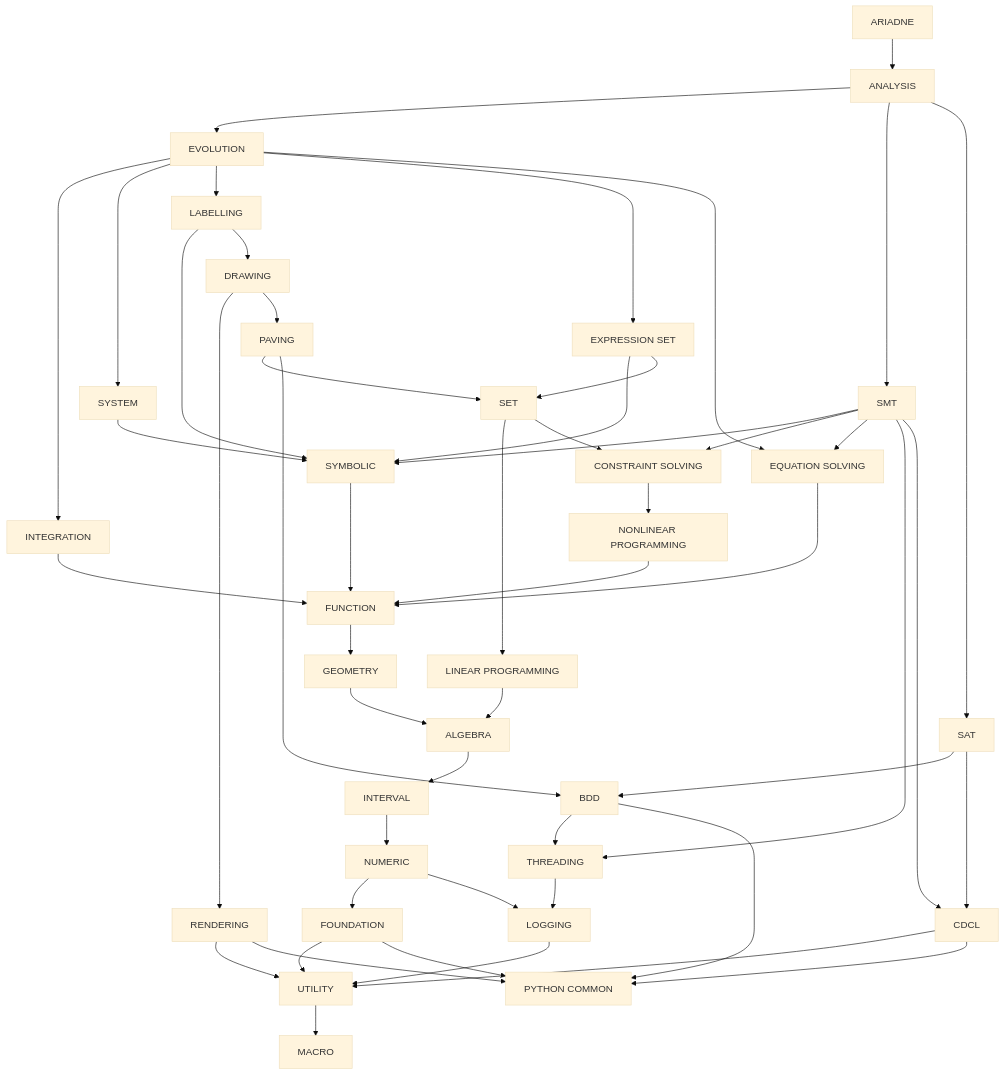
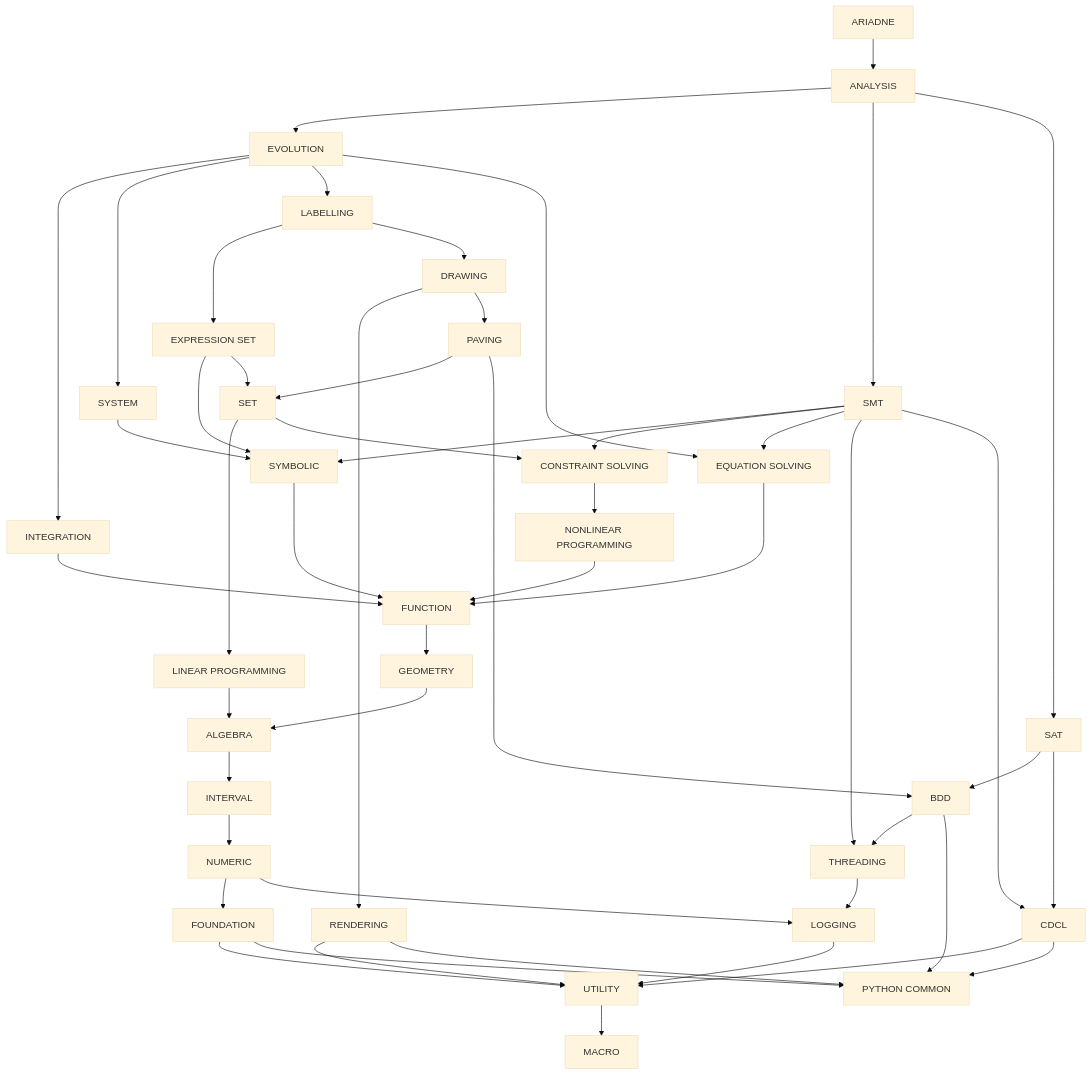
The diagram in doc/decoupling/structure.md (ariadne-cps/ariadne), drawn with Mermaid (base theme) before and after one commit. The commit also changed other lines of this file, not shown here.

Commit message:
docs(decoupling): make labelling depend on expression-set

```diff
--- a/doc/decoupling/structure.md
+++ b/doc/decoupling/structure.md
@@ -43,11 +43,10 @@
     evolution --> integration
     evolution --> system
     evolution --> labelling
-    evolution --> expression_set
     evolution --> equation_solving
     integration --> function
     system --> symbolic
-    labelling --> symbolic
+    labelling --> expression_set
     labelling --> drawing
     drawing --> rendering
     drawing --> paving
```
